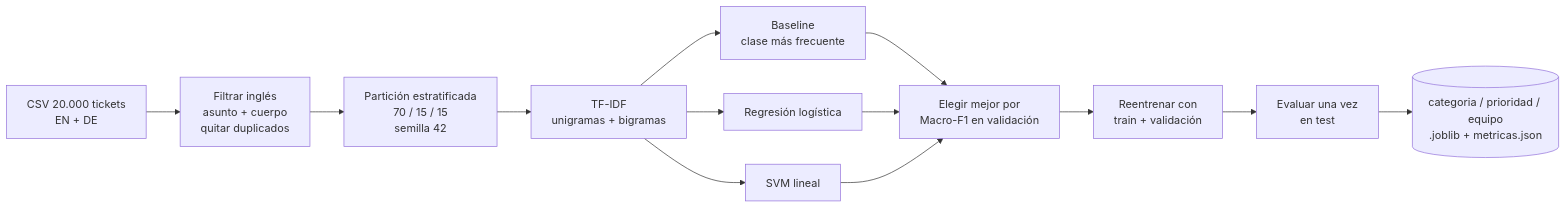
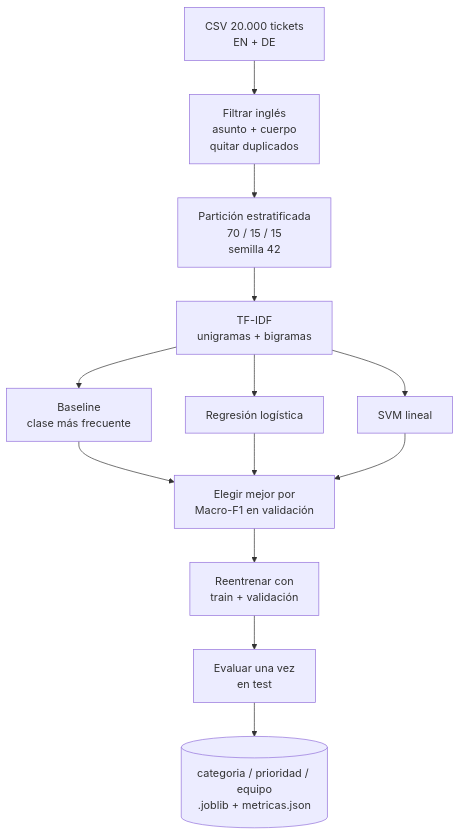
Before and after one commit to angelfvargas/clasificador-incidencias-ia: the fifth of 6 diagrams in docs/02_arquitectura.md, drawn with Mermaid. The commit also changed other lines of this file and 10 other files, not shown here.

Commit message:
Informe final en PDF, capturas y correcciones de diagramas

````diff
--- a/docs/02_arquitectura.md
+++ b/docs/02_arquitectura.md
@@ -119,13 +121,13 @@
 ```mermaid
-flowchart LR
+flowchart TB
     A[CSV 20.000 tickets<br/>EN + DE] --> B[Filtrar inglés<br/>asunto + cuerpo<br/>quitar duplicados]
     B --> C[Partición estratificada<br/>70 / 15 / 15<br/>semilla 42]
     C --> D[TF-IDF<br/>unigramas + bigramas]
     D --> E1[Baseline<br/>clase más frecuente]
     D --> E2[Regresión logística]
     D --> E3[SVM lineal]
     E1 & E2 & E3 --> F[Elegir mejor por<br/>Macro-F1 en validación]
     F --> G[Reentrenar con<br/>train + validación]
     G --> H[Evaluar una vez<br/>en test]
     H --> I[(categoria / prioridad / equipo<br/>.joblib + metricas.json)]
 ```
````
